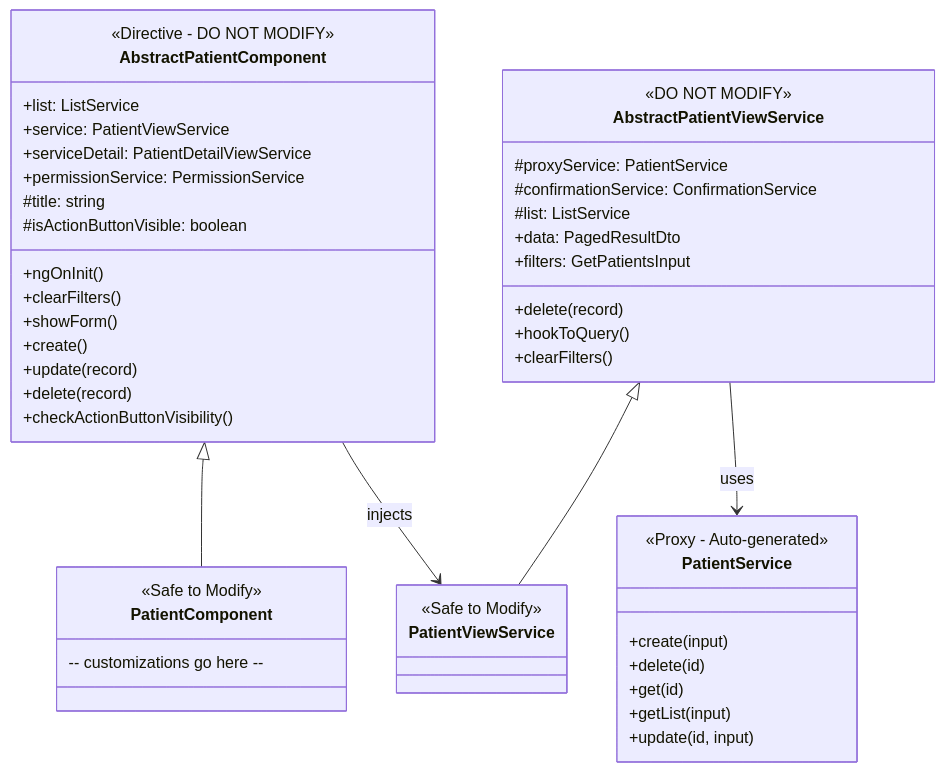
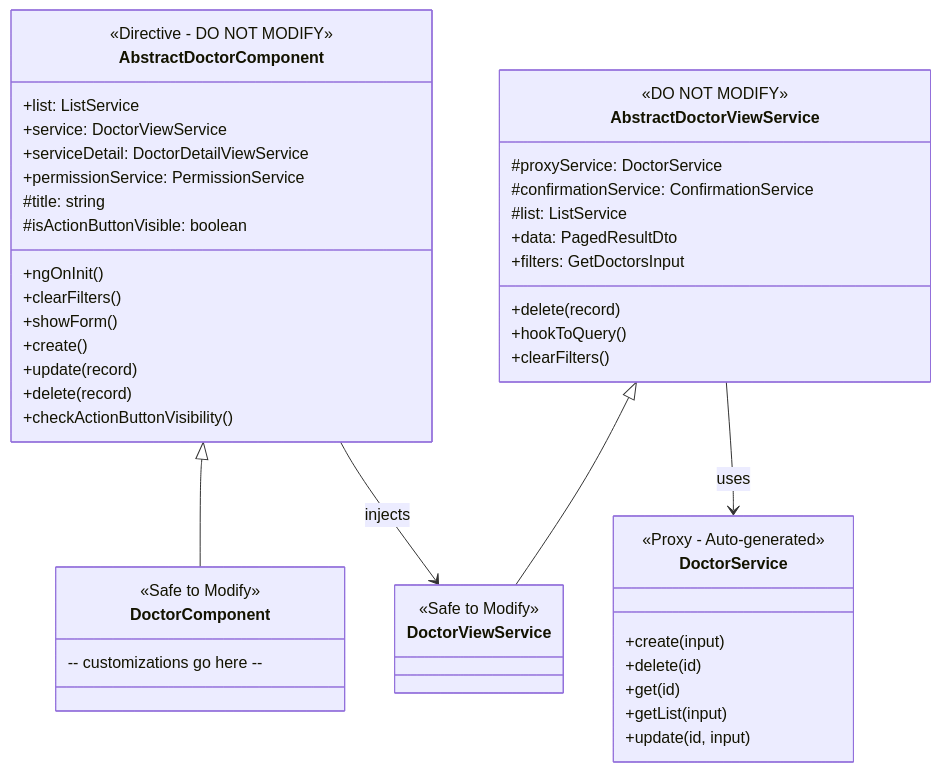
Before and after one commit to gesco-healthcare-support/hcs-patient-portal: the first of 2 diagrams in docs/frontend/COMPONENT-PATTERNS.md, drawn with Mermaid. The commit also changed other lines of this file and 5 other files, not shown here.

````diff
--- a/docs/frontend/COMPONENT-PATTERNS.md
+++ b/docs/frontend/COMPONENT-PATTERNS.md
@@ -31,54 +31,54 @@
 ```mermaid
 classDiagram
-    class AbstractPatientComponent {
+    class AbstractDoctorComponent {
         <<Directive - DO NOT MODIFY>>
         +list: ListService
-        +service: PatientViewService
-        +serviceDetail: PatientDetailViewService
+        +service: DoctorViewService
+        +serviceDetail: DoctorDetailViewService
         +permissionService: PermissionService
         #title: string
         #isActionButtonVisible: boolean
         +ngOnInit()
         +clearFilters()
         +showForm()
         +create()
         +update(record)
         +delete(record)
         +checkActionButtonVisibility()
     }
 
-    class PatientComponent {
+    class DoctorComponent {
         <<Safe to Modify>>
         -- customizations go here --
     }
 
-    class AbstractPatientViewService {
+    class AbstractDoctorViewService {
         <<DO NOT MODIFY>>
-        #proxyService: PatientService
+        #proxyService: DoctorService
         #confirmationService: ConfirmationService
         #list: ListService
         +data: PagedResultDto
-        +filters: GetPatientsInput
+        +filters: GetDoctorsInput
         +delete(record)
         +hookToQuery()
         +clearFilters()
     }
 
-    class PatientViewService {
+    class DoctorViewService {
         <<Safe to Modify>>
     }
 
-    class PatientService {
+    class DoctorService {
         <<Proxy - Auto-generated>>
         +create(input)
         +delete(id)
         +get(id)
         +getList(input)
         +update(id, input)
     }
 
-    AbstractPatientComponent <|-- PatientComponent
-    AbstractPatientViewService <|-- PatientViewService
-    AbstractPatientViewService --> PatientService : uses
-    AbstractPatientComponent --> PatientViewService : injects
+    AbstractDoctorComponent <|-- DoctorComponent
+    AbstractDoctorViewService <|-- DoctorViewService
+    AbstractDoctorViewService --> DoctorService : uses
+    AbstractDoctorComponent --> DoctorViewService : injects
 ```
````
